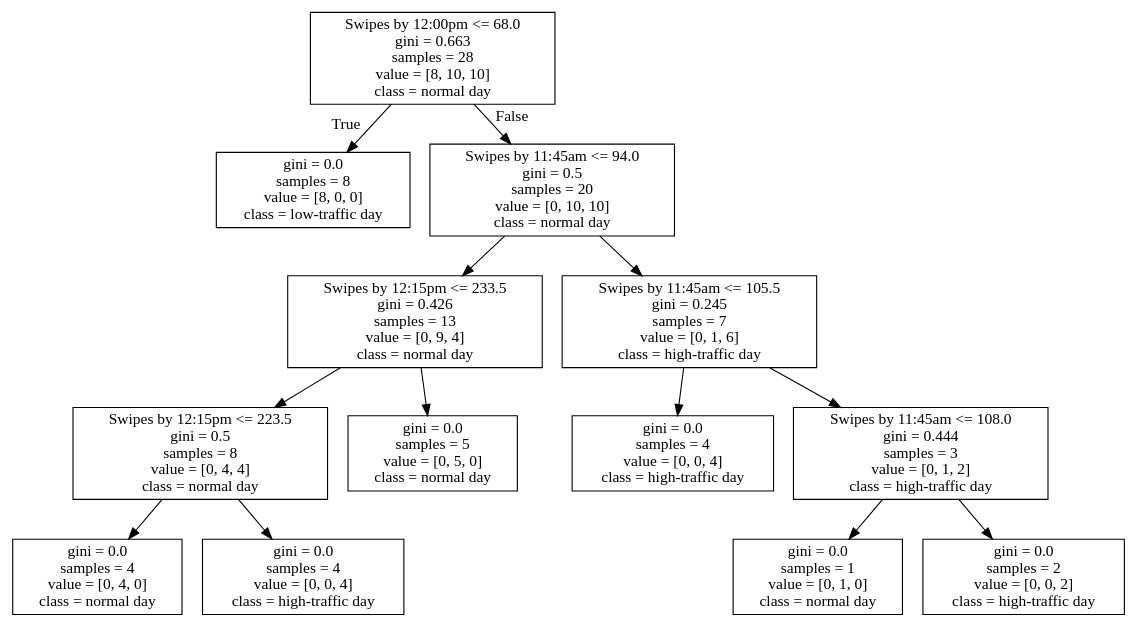
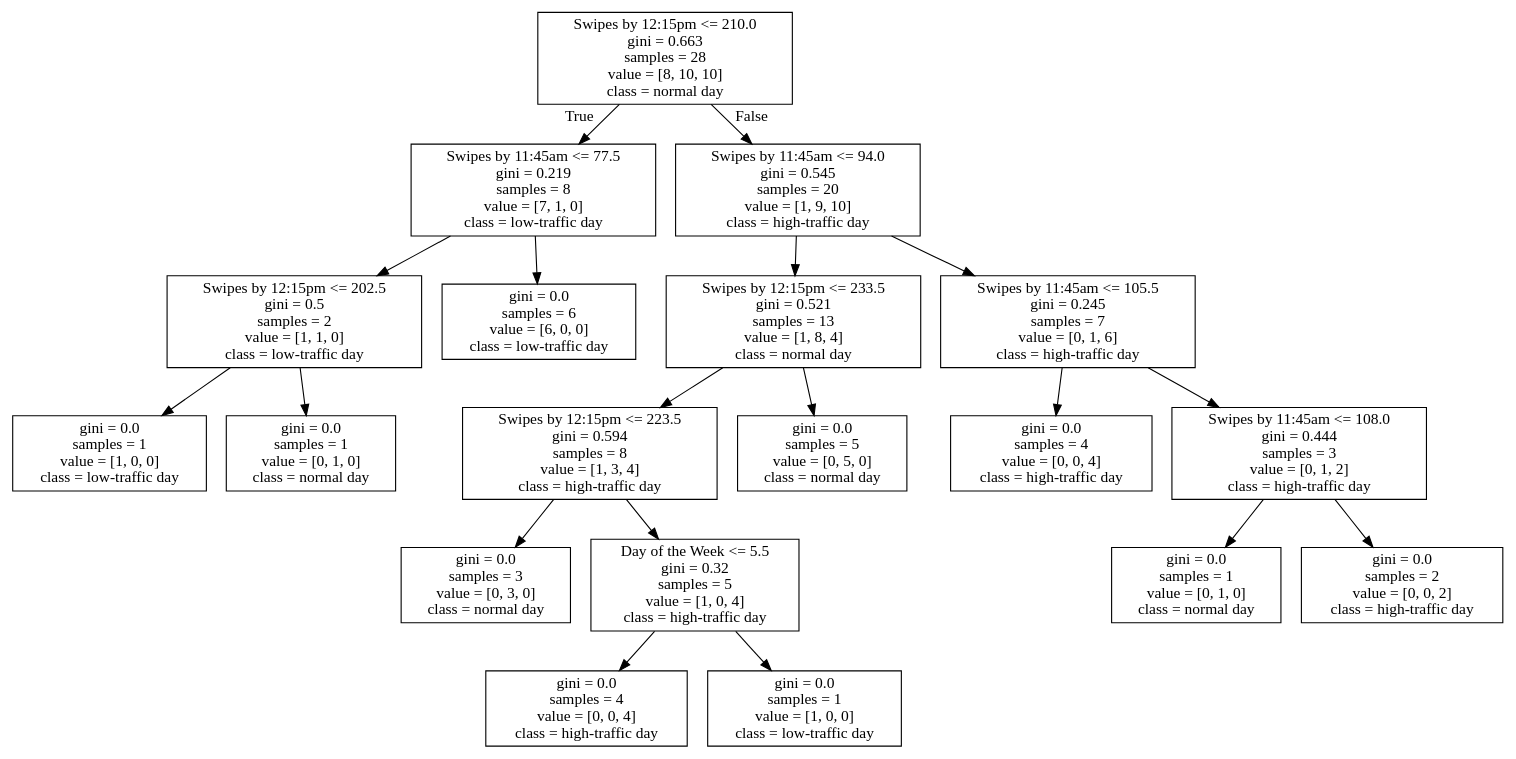
The diagram in hw2_data 2/10.dot (gracec10/yaledata), drawn with Graphviz before and after one commit. The commit also changed 4 other files, not shown here.

```diff
--- a/hw2_data 2/10.dot
+++ b/hw2_data 2/10.dot
@@ -1,28 +1,40 @@
 digraph Tree {
 node [shape=box] ;
-0 [label="Swipes by 12:00pm <= 68.0\ngini = 0.663\nsamples = 28\nvalue = [8, 10, 10]\nclass = normal day"] ;
-1 [label="gini = 0.0\nsamples = 8\nvalue = [8, 0, 0]\nclass = low-traffic day"] ;
+0 [label="Swipes by 12:15pm <= 210.0\ngini = 0.663\nsamples = 28\nvalue = [8, 10, 10]\nclass = normal day"] ;
+1 [label="Swipes by 11:45am <= 77.5\ngini = 0.219\nsamples = 8\nvalue = [7, 1, 0]\nclass = low-traffic day"] ;
 0 -> 1 [labeldistance=2.5, labelangle=45, headlabel="True"] ;
-2 [label="Swipes by 11:45am <= 94.0\ngini = 0.5\nsamples = 20\nvalue = [0, 10, 10]\nclass = normal day"] ;
-0 -> 2 [labeldistance=2.5, labelangle=-45, headlabel="False"] ;
-3 [label="Swipes by 12:15pm <= 233.5\ngini = 0.426\nsamples = 13\nvalue = [0, 9, 4]\nclass = normal day"] ;
+2 [label="Swipes by 12:15pm <= 202.5\ngini = 0.5\nsamples = 2\nvalue = [1, 1, 0]\nclass = low-traffic day"] ;
+1 -> 2 ;
+3 [label="gini = 0.0\nsamples = 1\nvalue = [1, 0, 0]\nclass = low-traffic day"] ;
 2 -> 3 ;
-4 [label="Swipes by 12:15pm <= 223.5\ngini = 0.5\nsamples = 8\nvalue = [0, 4, 4]\nclass = normal day"] ;
-3 -> 4 ;
-5 [label="gini = 0.0\nsamples = 4\nvalue = [0, 4, 0]\nclass = normal day"] ;
-4 -> 5 ;
-6 [label="gini = 0.0\nsamples = 4\nvalue = [0, 0, 4]\nclass = high-traffic day"] ;
-4 -> 6 ;
-7 [label="gini = 0.0\nsamples = 5\nvalue = [0, 5, 0]\nclass = normal day"] ;
-3 -> 7 ;
-8 [label="Swipes by 11:45am <= 105.5\ngini = 0.245\nsamples = 7\nvalue = [0, 1, 6]\nclass = high-traffic day"] ;
-2 -> 8 ;
-9 [label="gini = 0.0\nsamples = 4\nvalue = [0, 0, 4]\nclass = high-traffic day"] ;
+4 [label="gini = 0.0\nsamples = 1\nvalue = [0, 1, 0]\nclass = normal day"] ;
+2 -> 4 ;
+5 [label="gini = 0.0\nsamples = 6\nvalue = [6, 0, 0]\nclass = low-traffic day"] ;
+1 -> 5 ;
+6 [label="Swipes by 11:45am <= 94.0\ngini = 0.545\nsamples = 20\nvalue = [1, 9, 10]\nclass = high-traffic day"] ;
+0 -> 6 [labeldistance=2.5, labelangle=-45, headlabel="False"] ;
+7 [label="Swipes by 12:15pm <= 233.5\ngini = 0.521\nsamples = 13\nvalue = [1, 8, 4]\nclass = normal day"] ;
+6 -> 7 ;
+8 [label="Swipes by 12:15pm <= 223.5\ngini = 0.594\nsamples = 8\nvalue = [1, 3, 4]\nclass = high-traffic day"] ;
+7 -> 8 ;
+9 [label="gini = 0.0\nsamples = 3\nvalue = [0, 3, 0]\nclass = normal day"] ;
 8 -> 9 ;
-10 [label="Swipes by 11:45am <= 108.0\ngini = 0.444\nsamples = 3\nvalue = [0, 1, 2]\nclass = high-traffic day"] ;
+10 [label="Day of the Week <= 5.5\ngini = 0.32\nsamples = 5\nvalue = [1, 0, 4]\nclass = high-traffic day"] ;
 8 -> 10 ;
-11 [label="gini = 0.0\nsamples = 1\nvalue = [0, 1, 0]\nclass = normal day"] ;
+11 [label="gini = 0.0\nsamples = 4\nvalue = [0, 0, 4]\nclass = high-traffic day"] ;
 10 -> 11 ;
-12 [label="gini = 0.0\nsamples = 2\nvalue = [0, 0, 2]\nclass = high-traffic day"] ;
+12 [label="gini = 0.0\nsamples = 1\nvalue = [1, 0, 0]\nclass = low-traffic day"] ;
 10 -> 12 ;
+13 [label="gini = 0.0\nsamples = 5\nvalue = [0, 5, 0]\nclass = normal day"] ;
+7 -> 13 ;
+14 [label="Swipes by 11:45am <= 105.5\ngini = 0.245\nsamples = 7\nvalue = [0, 1, 6]\nclass = high-traffic day"] ;
+6 -> 14 ;
+15 [label="gini = 0.0\nsamples = 4\nvalue = [0, 0, 4]\nclass = high-traffic day"] ;
+14 -> 15 ;
+16 [label="Swipes by 11:45am <= 108.0\ngini = 0.444\nsamples = 3\nvalue = [0, 1, 2]\nclass = high-traffic day"] ;
+14 -> 16 ;
+17 [label="gini = 0.0\nsamples = 1\nvalue = [0, 1, 0]\nclass = normal day"] ;
+16 -> 17 ;
+18 [label="gini = 0.0\nsamples = 2\nvalue = [0, 0, 2]\nclass = high-traffic day"] ;
+16 -> 18 ;
 }
```
